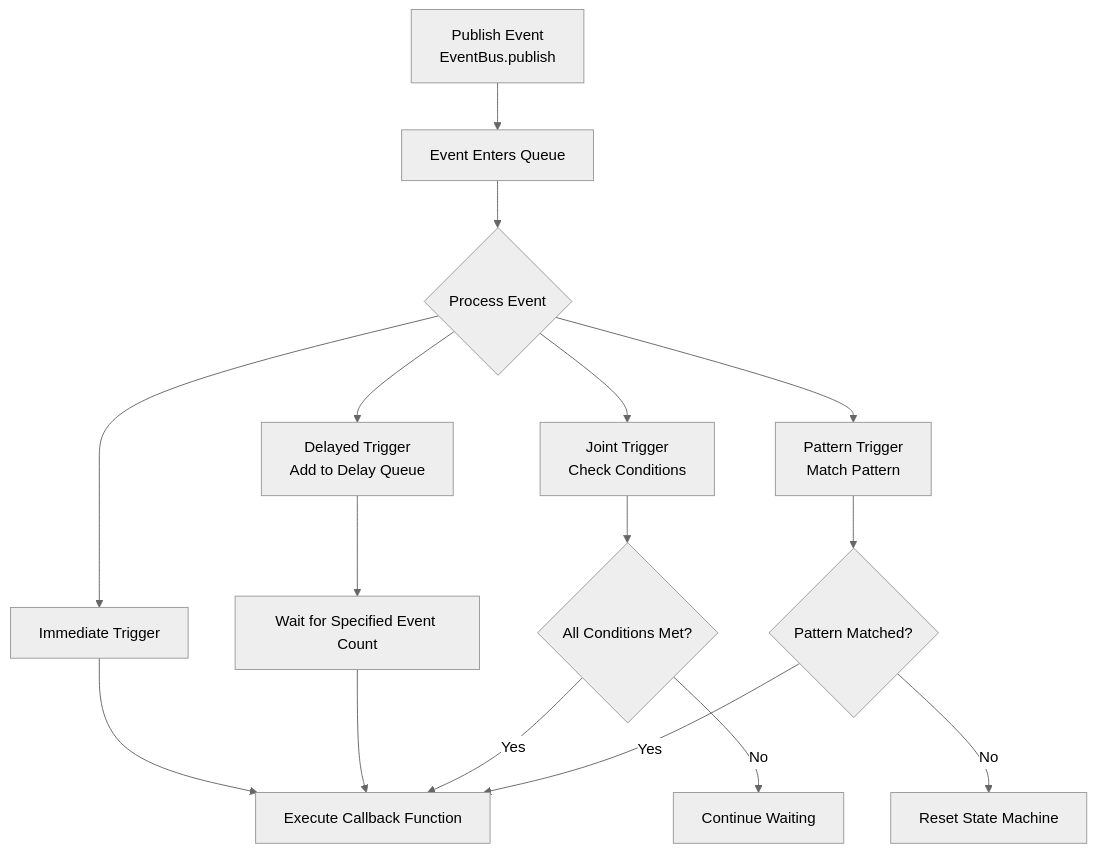
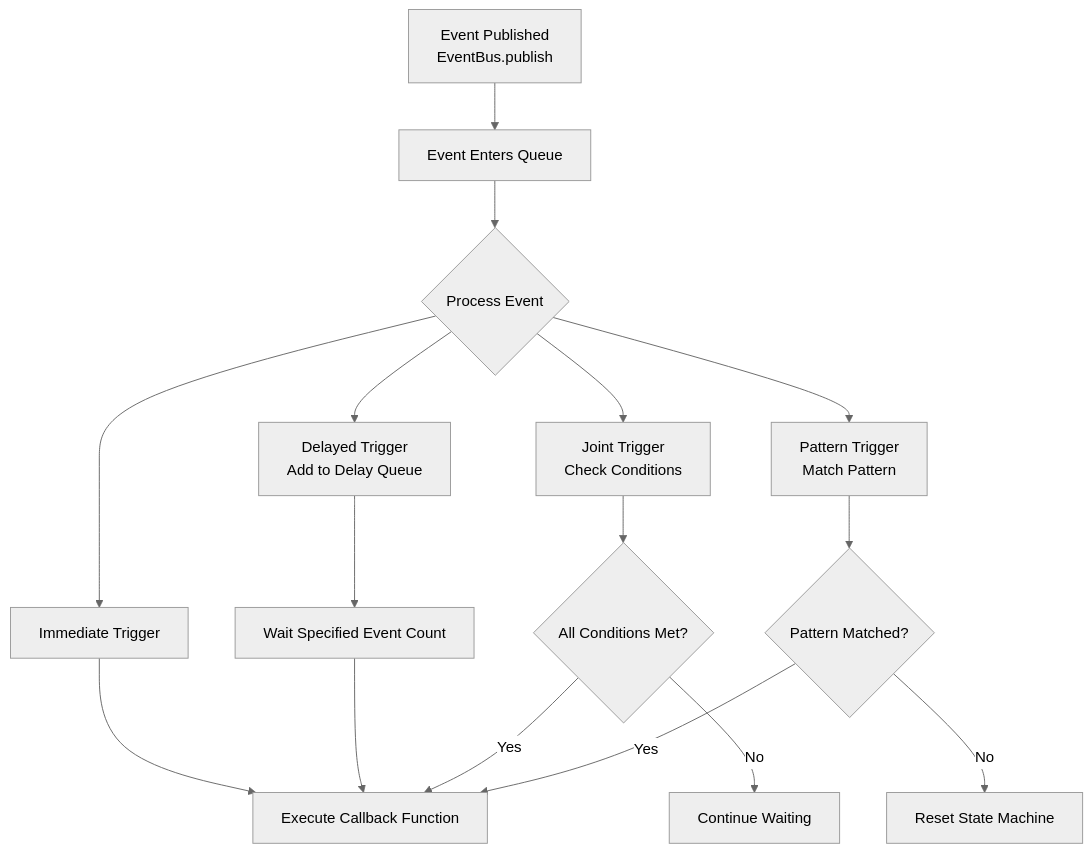
Before and after one commit to lizzary/Quantitative-Strategy-Management-and-Monitoring-System-Platform: diagram 37 of 47 in readme.md, drawn with Mermaid (neutral theme). The commit also changed other lines of this file, not shown here.

````diff
--- a/readme.md
+++ b/readme.md
@@ -2521,20 +2661,20 @@
 ```mermaid
 flowchart TD
-    A[Publish Event<br>EventBus.publish] --> B[Event Enters Queue]
+    A[Event Published<br>EventBus.publish] --> B[Event Enters Queue]
     B --> C{Process Event}
     C --> D[Immediate Trigger]
     C --> E[Delayed Trigger<br>Add to Delay Queue]
     C --> F[Joint Trigger<br>Check Conditions]
     C --> G[Pattern Trigger<br>Match Pattern]
     
     D --> H[Execute Callback Function]
-    E --> I[Wait for Specified Event Count]
+    E --> I[Wait Specified Event Count]
     I --> H
     F --> J{All Conditions Met?}
     J -- Yes --> H
     J -- No --> K[Continue Waiting]
     
     G --> L{Pattern Matched?}
     L -- Yes --> H
     L -- No --> M[Reset State Machine]
 ```
````
